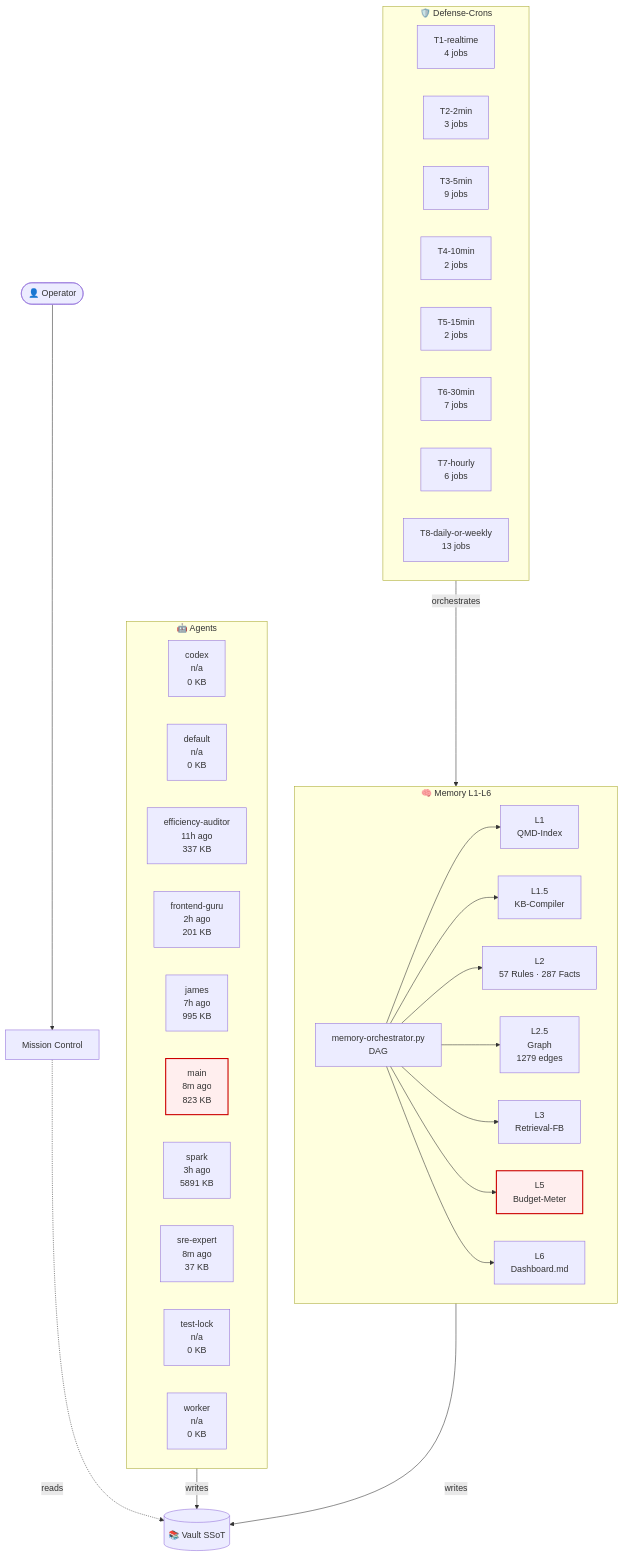
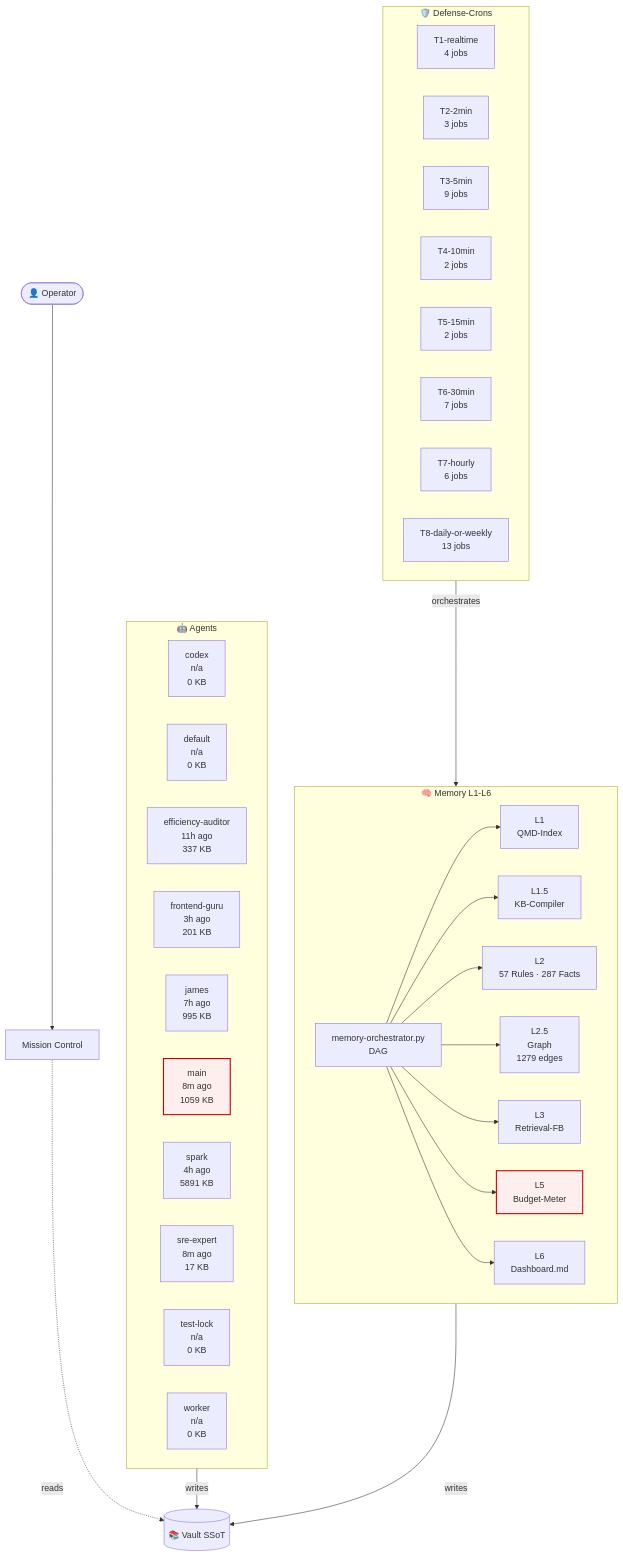
The diagram in 03-Agents/architecture-live.md (lenardhuebner88-rgb/openclaw-memory), drawn with Mermaid before and after one commit. The commit also changed other lines of this file and 13 other files, not shown here.

````diff
--- a/03-Agents/architecture-live.md
+++ b/03-Agents/architecture-live.md
@@ -18,53 +18,53 @@
 ```mermaid
 flowchart TB
     classDef critical fill:#fee,stroke:#c00,stroke-width:2px;
     subgraph AGT["🤖 Agents"]
         agent_codex["codex<br/>n/a<br/>0 KB"]
         agent_default["default<br/>n/a<br/>0 KB"]
         agent_efficiency_auditor["efficiency-auditor<br/>11h ago<br/>337 KB"]
-        agent_frontend_guru["frontend-guru<br/>2h ago<br/>201 KB"]
+        agent_frontend_guru["frontend-guru<br/>3h ago<br/>201 KB"]
         agent_james["james<br/>7h ago<br/>995 KB"]
-        agent_main["main<br/>8m ago<br/>823 KB"]
-        agent_spark["spark<br/>3h ago<br/>5891 KB"]
-        agent_sre_expert["sre-expert<br/>8m ago<br/>37 KB"]
+        agent_main["main<br/>8m ago<br/>1059 KB"]
+        agent_spark["spark<br/>4h ago<br/>5891 KB"]
+        agent_sre_expert["sre-expert<br/>8m ago<br/>17 KB"]
         agent_test_lock["test-lock<br/>n/a<br/>0 KB"]
         agent_worker["worker<br/>n/a<br/>0 KB"]
     end
     subgraph MEM["🧠 Memory L1-L6"]
         L1["L1<br/>QMD-Index"]
         L15["L1.5<br/>KB-Compiler"]
         L2["L2<br/>57 Rules · 287 Facts"]
         L25["L2.5<br/>Graph<br/>1279 edges"]
         L3["L3<br/>Retrieval-FB"]
         L5["L5<br/>Budget-Meter"]
         L6["L6<br/>Dashboard.md"]
         ORCH["memory-orchestrator.py<br/>DAG"]
     end
     subgraph CRN["🛡️ Defense-Crons"]
         tier_T1_realtime["T1-realtime<br/>4 jobs"]
         tier_T2_2min["T2-2min<br/>3 jobs"]
         tier_T3_5min["T3-5min<br/>9 jobs"]
         tier_T4_10min["T4-10min<br/>2 jobs"]
         tier_T5_15min["T5-15min<br/>2 jobs"]
         tier_T6_30min["T6-30min<br/>7 jobs"]
         tier_T7_hourly["T7-hourly<br/>6 jobs"]
         tier_T8_daily_or_weekly["T8-daily-or-weekly<br/>13 jobs"]
     end
     VAULT[("📚 Vault SSoT")]
     OP([👤 Operator])
     MC["Mission Control"]
     OP --> MC
     MC -.reads.-> VAULT
     AGT -->|writes| VAULT
     MEM -->|writes| VAULT
     ORCH --> L1
     ORCH --> L15
     ORCH --> L2
     ORCH --> L25
     ORCH --> L3
     ORCH --> L5
     ORCH --> L6
     CRN -->|orchestrates| MEM
     class L5 critical
     class agent_main critical
 ```
````
